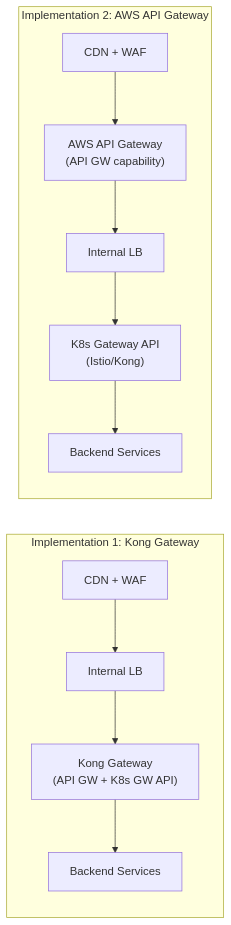
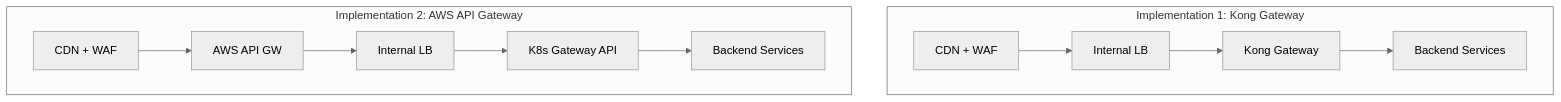
Before and after one commit to shanaka-versent/EKS-Kong-GatewayAPI-Demo: the second of 12 diagrams in README.md, drawn with Mermaid. The commit also changed other lines of this file, not shown here.

First line of the commit message:
Update all Mermaid diagrams: grayscale theme, horizontal alignment, clean labels

````diff
--- a/README.md
+++ b/README.md
@@ -68,21 +70,13 @@
 ```mermaid
-flowchart LR
+%%{init: {'theme': 'neutral'}}%%
+flowchart TB
     subgraph Impl1["Implementation 1: Kong Gateway"]
-        direction TB
-        A1["CDN + WAF"]
-        B1["Internal LB"]
-        C1["Kong Gateway\n(API GW + K8s GW API)"]
-        D1["Backend Services"]
-        A1 --> B1 --> C1 --> D1
+        direction LR
+        A1["CDN + WAF"] --> B1["Internal LB"] --> C1["Kong Gateway"] --> D1["Backend Services"]
     end
 
     subgraph Impl2["Implementation 2: AWS API Gateway"]
-        direction TB
-        A2["CDN + WAF"]
-        B2["AWS API Gateway\n(API GW capability)"]
-        C2["Internal LB"]
-        D2["K8s Gateway API\n(Istio/Kong)"]
-        E2["Backend Services"]
-        A2 --> B2 --> C2 --> D2 --> E2
+        direction LR
+        A2["CDN + WAF"] --> B2["AWS API GW"] --> C2["Internal LB"] --> D2["K8s Gateway API"] --> E2["Backend Services"]
     end
 ```
````
